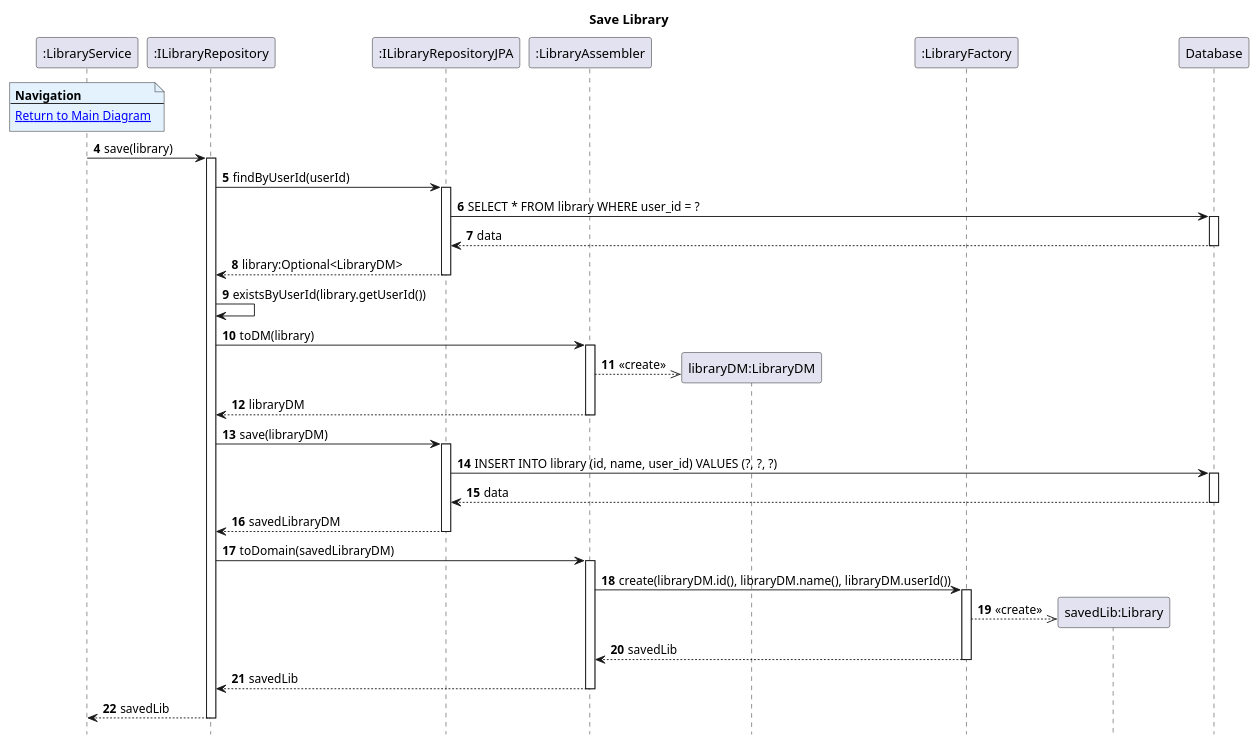
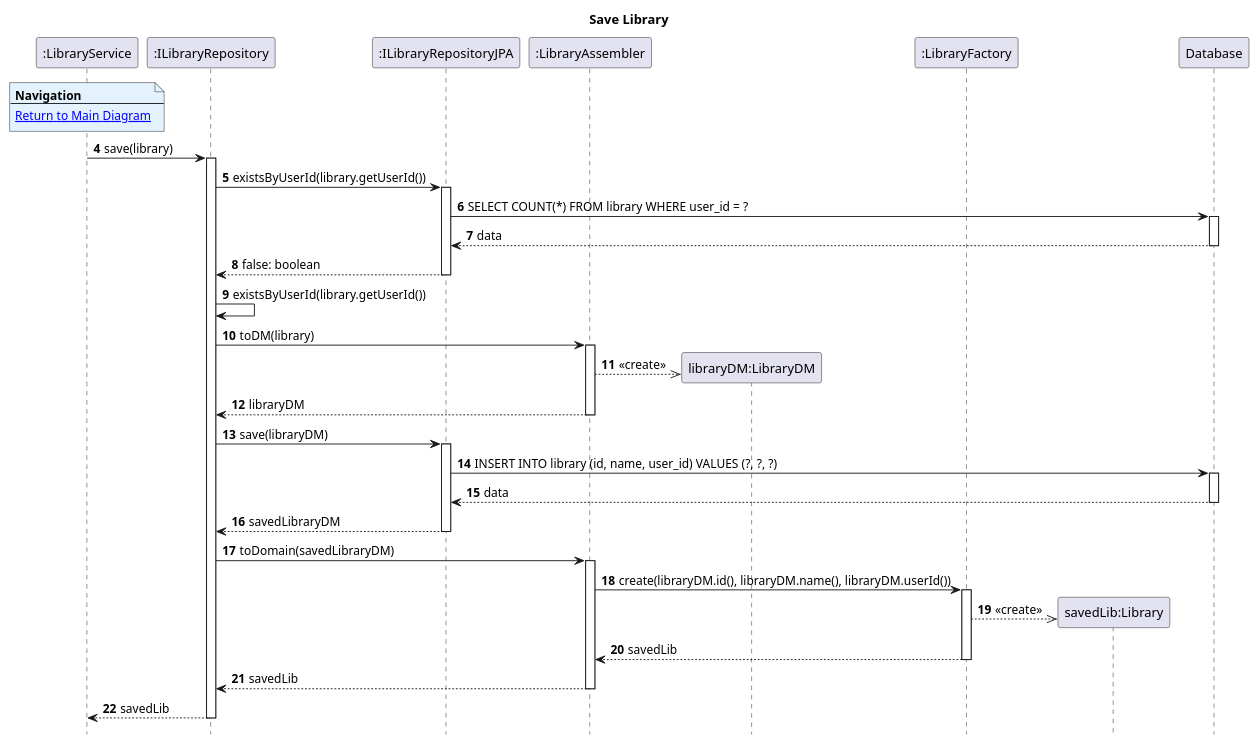
Before and after one commit to AndrePereiraGitH/SWitCH-Project-Team_A: the diagram in Diagrams/SequenceDiagrams/N2/To-Create-Library/4.SaveLibrary.puml, drawn with PlantUML.

Commit message:
refactor #651: fixed method's return to be clearer

```diff
--- a/Diagrams/SequenceDiagrams/N2/To-Create-Library/4.SaveLibrary.puml
+++ b/Diagrams/SequenceDiagrams/N2/To-Create-Library/4.SaveLibrary.puml
@@ -1,69 +1,71 @@
 @startuml
 hide footbox
 autonumber 4
 title Save Library
 
 participant ":LibraryService" as service
 participant ":ILibraryRepository" as LibraryRepo
 participant ":ILibraryRepositoryJPA" as libraryJpa
 participant ":LibraryAssembler" as assembler
 participant "libraryDM:LibraryDM" as dm
 participant ":LibraryFactory" as factory
 participant "savedLib:Library" as persistedLib
 participant "Database" as db
 
 note over service #E3F2FD
 <b>Navigation</b>
 ---
 [[1.MainDiagram.puml Return to Main Diagram]]
 end note
 
 
 service -> LibraryRepo: save(library)
 activate LibraryRepo
 
-LibraryRepo -> libraryJpa: findByUserId(userId)
+
+LibraryRepo -> libraryJpa: existsByUserId(library.getUserId())
 activate libraryJpa
 
-libraryJpa -> db: SELECT * FROM library WHERE user_id = ?
+libraryJpa -> db: SELECT COUNT(*) FROM library WHERE user_id = ?
 activate db
 db --> libraryJpa: data
 deactivate db
-libraryJpa --> LibraryRepo: library:Optional<LibraryDM>
+
+libraryJpa --> LibraryRepo: false: boolean
 deactivate libraryJpa
 
 LibraryRepo -> LibraryRepo: existsByUserId(library.getUserId())
 
 LibraryRepo -> assembler: toDM(library)
 activate assembler
 
 assembler -->> dm **: <<create>>
 assembler --> LibraryRepo: libraryDM
 deactivate assembler
 
 LibraryRepo -> libraryJpa: save(libraryDM)
 activate libraryJpa
 libraryJpa -> db: INSERT INTO library (id, name, user_id) VALUES (?, ?, ?)
 activate db
 db --> libraryJpa: data
 deactivate db
 libraryJpa --> LibraryRepo: savedLibraryDM
 deactivate libraryJpa
 
 LibraryRepo -> assembler: toDomain(savedLibraryDM)
 activate assembler
 
 assembler -> factory: create(libraryDM.id(), libraryDM.name(), libraryDM.userId())
 activate factory
 
 factory -->> persistedLib **: <<create>>
 factory --> assembler: savedLib
 deactivate factory
 
 assembler --> LibraryRepo: savedLib
 deactivate assembler
 
 LibraryRepo --> service: savedLib
 deactivate LibraryRepo
 
 @enduml
```
